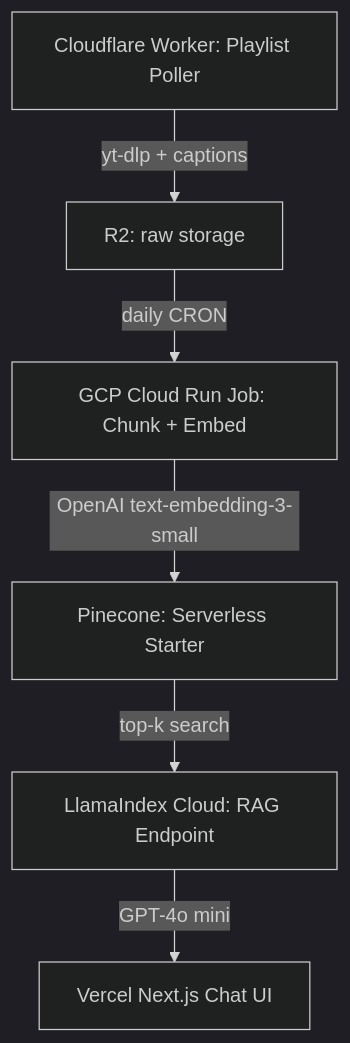
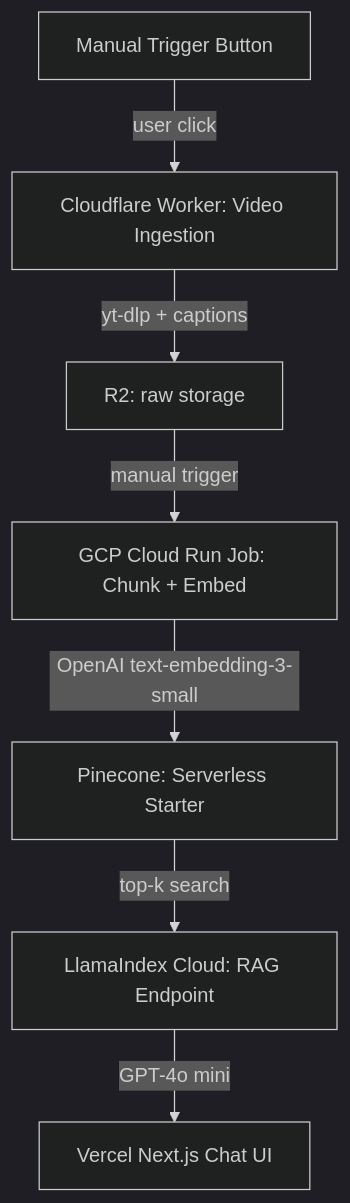
Before and after one commit to Marcussy34/jumptrainingai: the diagram in README.md, drawn with Mermaid (dark theme). The commit also changed other lines of this file, not shown here.

Commit message:
Refine README.md for clarity and accuracy, including updates to success metrics, ingestion workflow, and operational flows. Adjusted formatting for consistency and improved descriptions of components and processes.

````diff
--- a/README.md
+++ b/README.md
@@ -44,8 +44,9 @@
 ```mermaid
 graph TD
-  A[Cloudflare Worker: Playlist Poller] -->|yt-dlp + captions| B[R2: raw storage]
-  B -->|daily CRON| C[GCP Cloud Run Job: Chunk + Embed]
-  C -->|OpenAI text-embedding-3-small| D[Pinecone: Serverless Starter]
-  D -->|top-k search| E[LlamaIndex Cloud: RAG Endpoint]
-  E -->|GPT-4o mini| F[Vercel Next.js Chat UI]
+  A[Manual Trigger Button] -->|user click| B[Cloudflare Worker: Video Ingestion]
+  B -->|yt-dlp + captions| C[R2: raw storage]
+  C -->|manual trigger| D[GCP Cloud Run Job: Chunk + Embed]
+  D -->|OpenAI text-embedding-3-small| E[Pinecone: Serverless Starter]
+  E -->|top-k search| F[LlamaIndex Cloud: RAG Endpoint]
+  F -->|GPT-4o mini| G[Vercel Next.js Chat UI]
 ```
````
